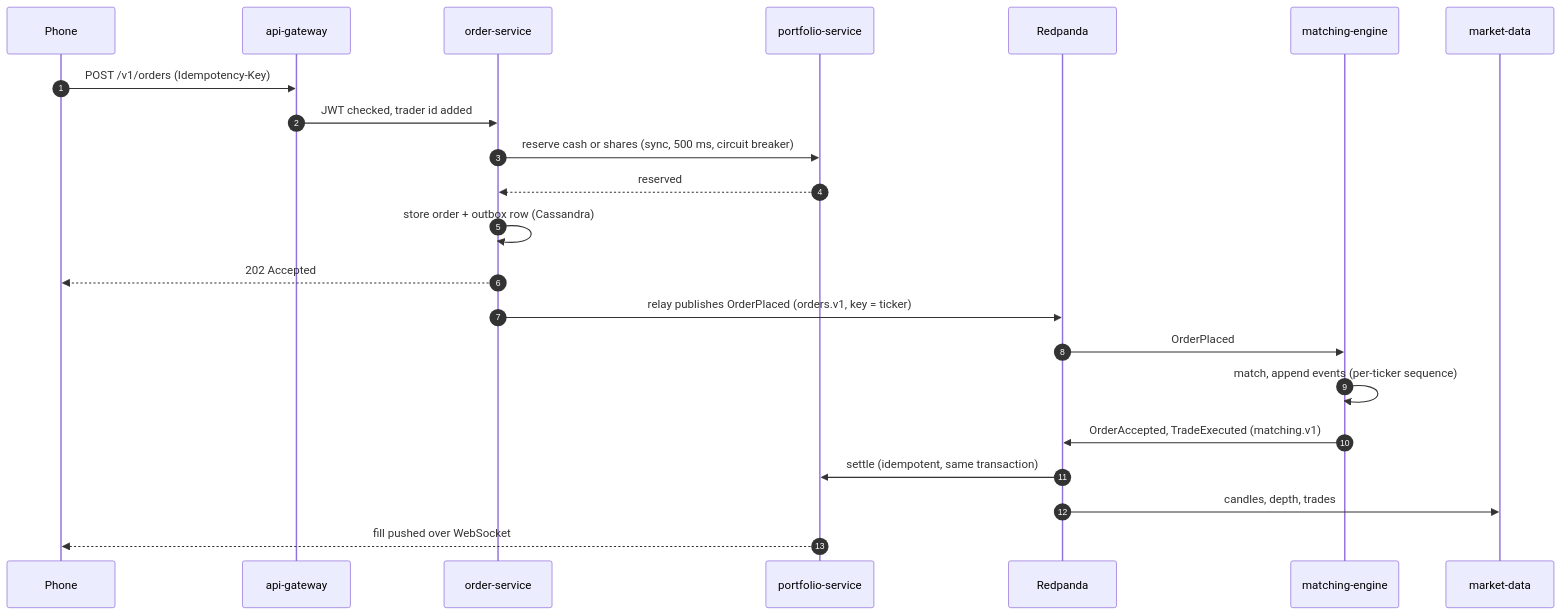
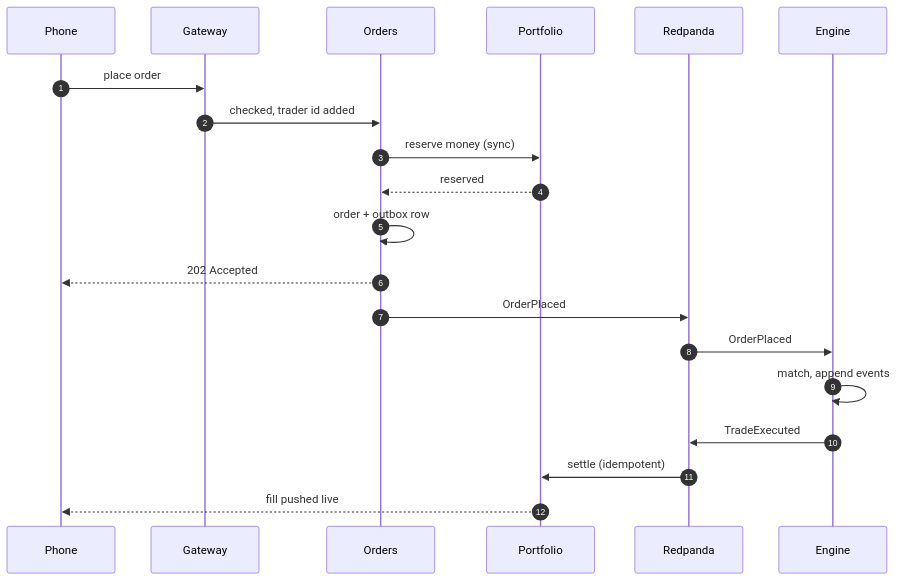
One commit to Kaizer-1/CircuitBreaker changed the fourth of 6 diagrams in README.md. Above: the diagram before and after it, drawn with Mermaid. The commit also changed other lines of this file, not shown here.

Commit message:
docs(readme): diagrams sized for GitHub's column; details beside them in words

````diff
--- a/README.md
+++ b/README.md
@@ -234,24 +247,22 @@
 ```mermaid
 sequenceDiagram
     autonumber
     participant Ph as Phone
-    participant GW as api-gateway
-    participant OS as order-service
-    participant PS as portfolio-service
-    participant RP as Redpanda
-    participant ME as matching-engine
-    participant MD as market-data
-    Ph->>GW: POST /v1/orders (Idempotency-Key)
-    GW->>OS: JWT checked, trader id added
-    OS->>PS: reserve cash or shares (sync, 500 ms, circuit breaker)
+    participant GW as Gateway
+    participant OS as Orders
+    participant PS as Portfolio
+    participant K as Redpanda
+    participant ME as Engine
+    Ph->>GW: place order
+    GW->>OS: checked, trader id added
+    OS->>PS: reserve money (sync)
     PS-->>OS: reserved
-    OS->>OS: store order + outbox row (Cassandra)
+    OS->>OS: order + outbox row
     OS-->>Ph: 202 Accepted
-    OS->>RP: relay publishes OrderPlaced (orders.v1, key = ticker)
-    RP->>ME: OrderPlaced
-    ME->>ME: match, append events (per-ticker sequence)
-    ME->>RP: OrderAccepted, TradeExecuted (matching.v1)
-    RP->>PS: settle (idempotent, same transaction)
-    RP->>MD: candles, depth, trades
-    PS-->>Ph: fill pushed over WebSocket
+    OS->>K: OrderPlaced
+    K->>ME: OrderPlaced
+    ME->>ME: match, append events
+    ME->>K: TradeExecuted
+    K->>PS: settle (idempotent)
+    PS-->>Ph: fill pushed live
 ```
````
